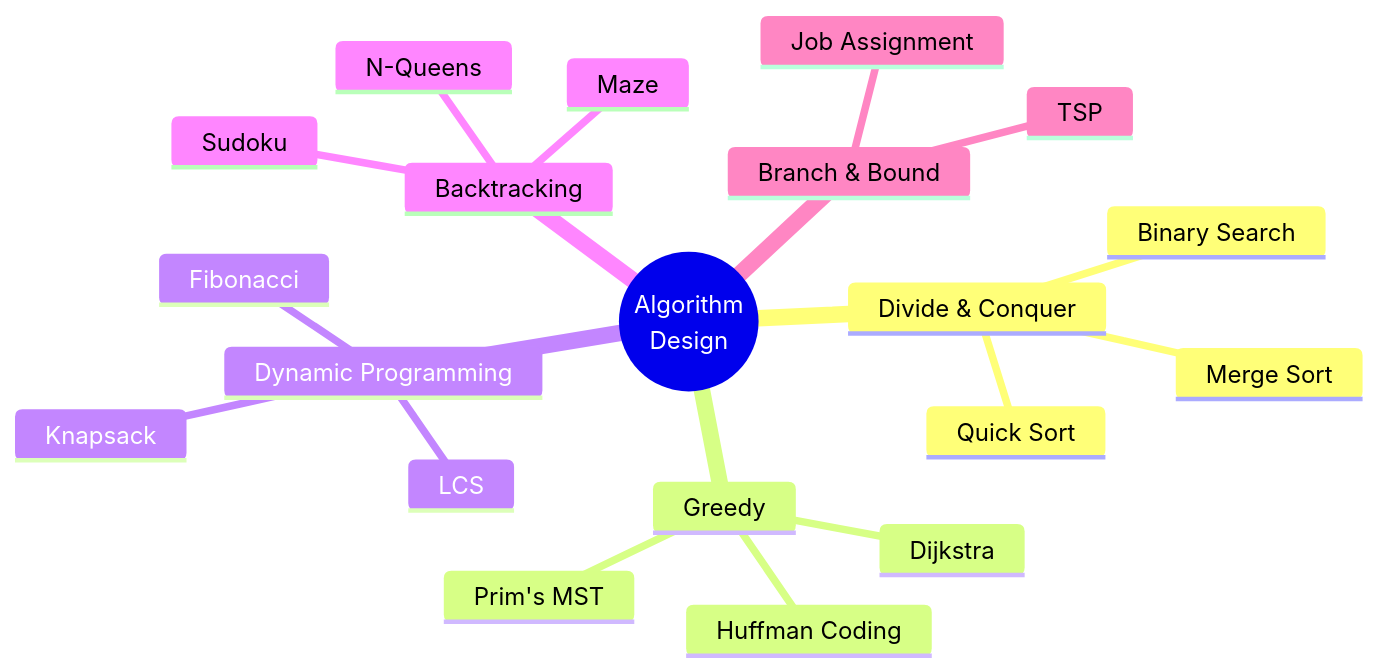
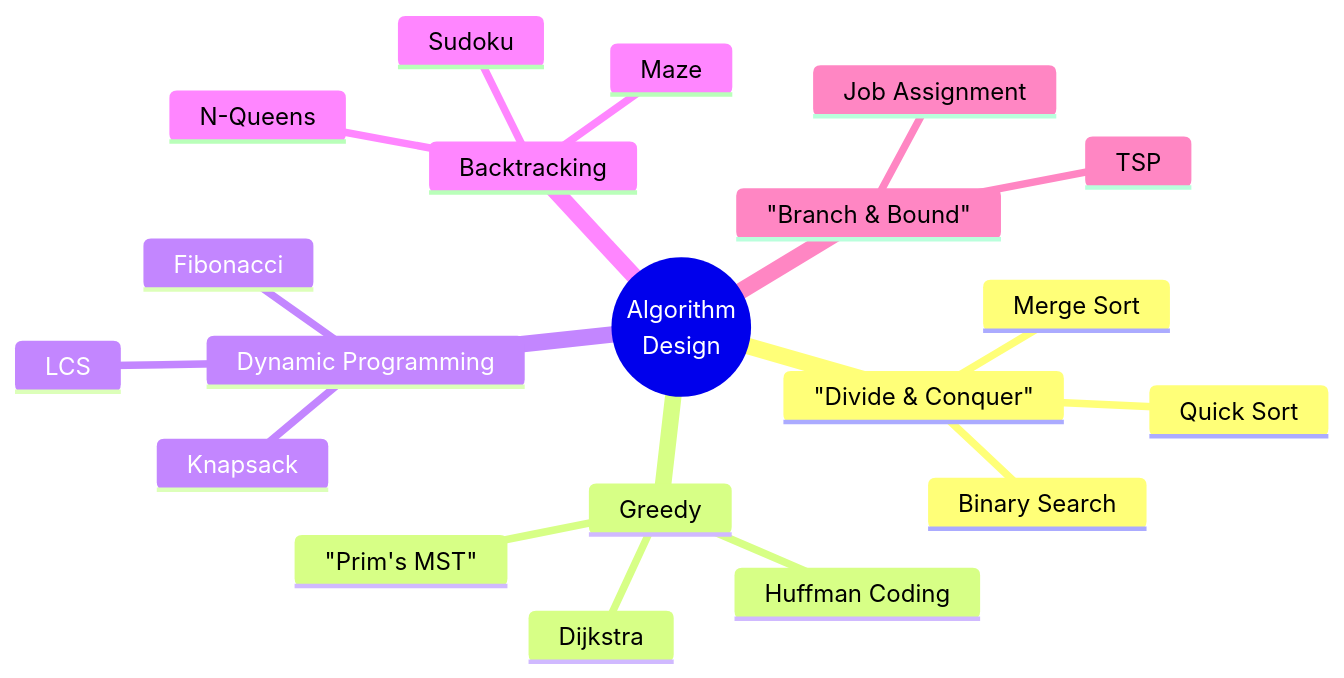
Before and after one commit to yadnyeshkolte/cdac-ccee: the first of 2 diagrams in docs/AlgorithmsDataStructures/session17-18-algorithm-design.md, drawn with Mermaid. The commit also changed other lines of this file and 10 other files, not shown here.

````diff
--- a/docs/AlgorithmsDataStructures/session17-18-algorithm-design.md
+++ b/docs/AlgorithmsDataStructures/session17-18-algorithm-design.md
@@ -26,23 +26,23 @@
 ```mermaid
 mindmap
   root((Algorithm<br/>Design))
-    Divide & Conquer
+    "Divide & Conquer"
       Merge Sort
       Quick Sort
       Binary Search
     Greedy
       Dijkstra
-      Prim's MST
+      "Prim's MST"
       Huffman Coding
     Dynamic Programming
       Fibonacci
       Knapsack
       LCS
     Backtracking
       N-Queens
       Sudoku
       Maze
-    Branch & Bound
+    "Branch & Bound"
       TSP
       Job Assignment
 ```
````
